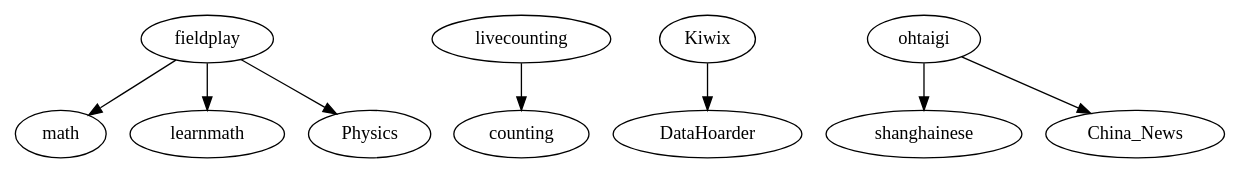
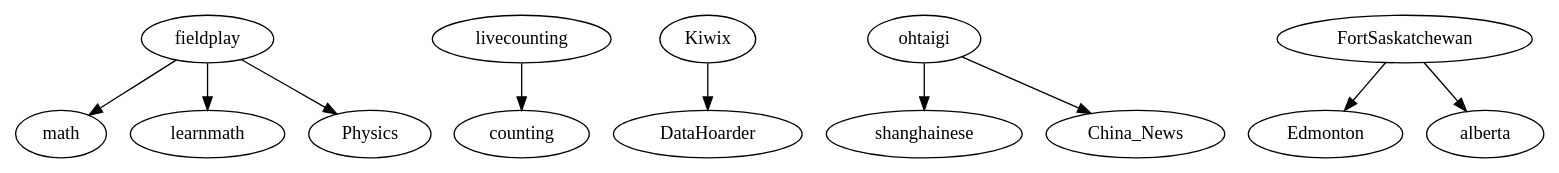
Before and after one commit to anvaka/map-of-reddit-data: the diagram in graph/add/new-nodes.dot, drawn with Graphviz. The commit also changed 1 other file, not shown here.

Commit message:
Added /r/FortSaskatchewan
Fixes https://github.com/anvaka/map-of-reddit-data/issues/13

```diff
--- a/graph/add/new-nodes.dot
+++ b/graph/add/new-nodes.dot
@@ -1,9 +1,11 @@
 digraph Add {
   "fieldplay" -> "math" ["weight"=1]
   "fieldplay" -> "learnmath" ["weight"=1]
   "fieldplay" -> "Physics" ["weight"=1]
   "livecounting" -> "counting" ["weight"=1]
   "Kiwix" -> "DataHoarder" ["weight"=1]
   "ohtaigi" -> "shanghainese" ["weight"=17]
   "ohtaigi" -> "China_News" ["weight"=6]
+  "FortSaskatchewan" -> "Edmonton" ["weight"=1]
+  "FortSaskatchewan" -> "alberta" ["weight"=1]
 }
```
